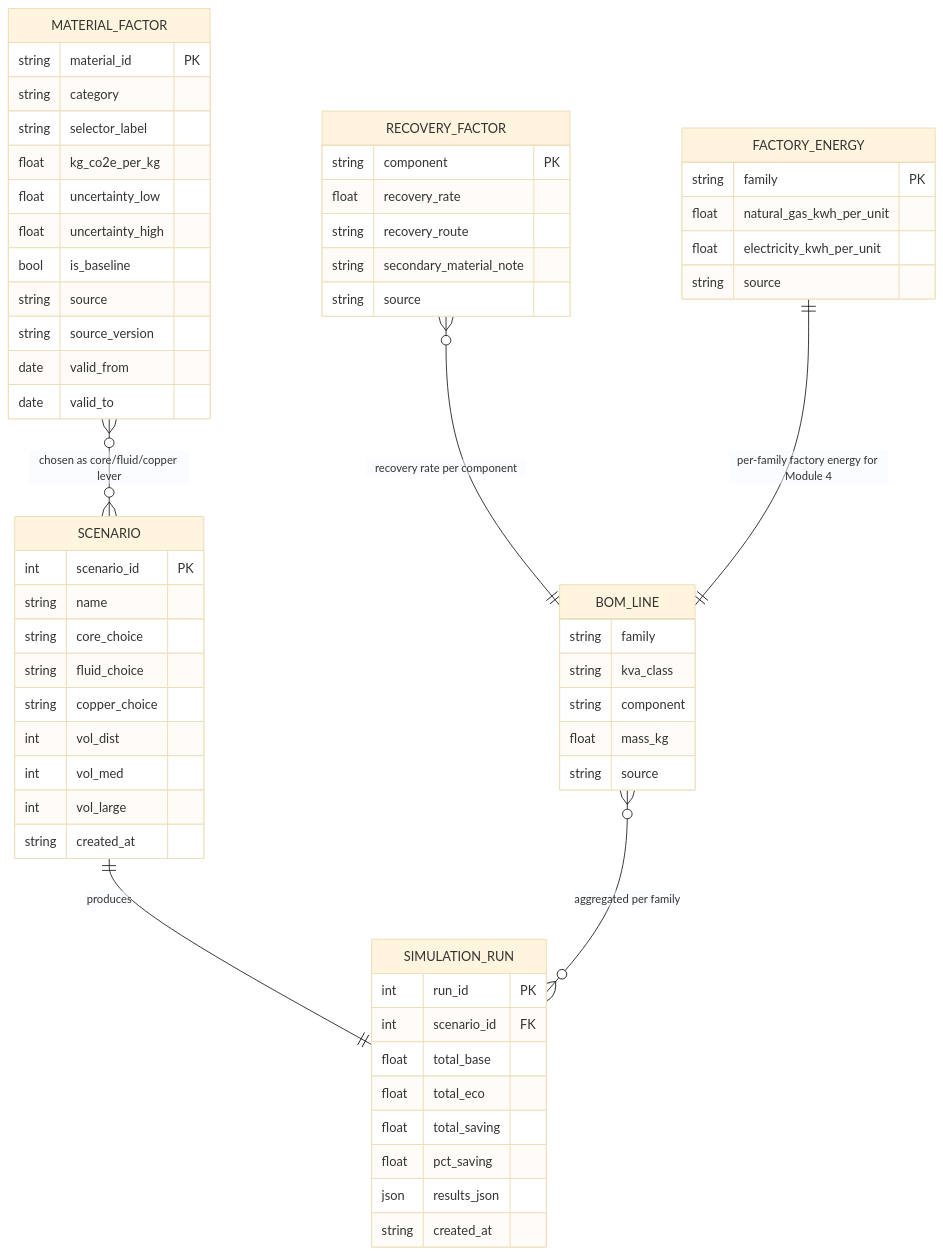
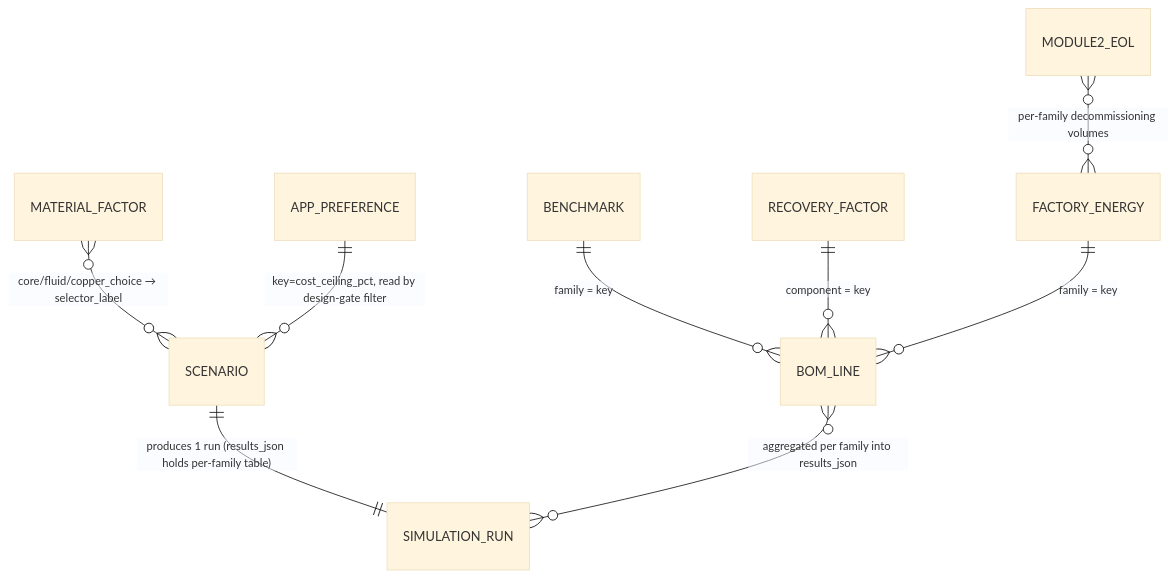
One commit to lugasraka/CO2-calculator-prototype-transformer changed the second of 2 diagrams in README.md. Above: the diagram before and after it, drawn with Mermaid (base theme). The commit also changed other lines of this file and 5 other files, not shown here.

Commit message:
feat: enhance Portfolio CO₂ Simulator with cost-ceiling constraint and industry benchmarks

````diff
--- a/README.md
+++ b/README.md
@@ -118,63 +134,11 @@
 ```mermaid
 erDiagram
-    MATERIAL_FACTOR {
-        string material_id PK
-        string category
-        string selector_label
-        float  kg_co2e_per_kg
-        float  uncertainty_low
-        float  uncertainty_high
-        bool   is_baseline
-        string source
-        string source_version
-        date   valid_from
-        date   valid_to
-    }
-    BOM_LINE {
-        string family
-        string kva_class
-        string component
-        float  mass_kg
-        string source
-    }
-    RECOVERY_FACTOR {
-        string component PK
-        float  recovery_rate
-        string recovery_route
-        string secondary_material_note
-        string source
-    }
-    FACTORY_ENERGY {
-        string family PK
-        float  natural_gas_kwh_per_unit
-        float  electricity_kwh_per_unit
-        string source
-    }
-    SCENARIO {
-        int    scenario_id PK
-        string name
-        string core_choice
-        string fluid_choice
-        string copper_choice
-        int    vol_dist
-        int    vol_med
-        int    vol_large
-        string created_at
-    }
-    SIMULATION_RUN {
-        int    run_id PK
-        int    scenario_id FK
-        float  total_base
-        float  total_eco
-        float  total_saving
-        float  pct_saving
-        json   results_json
-        string created_at
-    }
-
-    SCENARIO ||--|| SIMULATION_RUN : "produces"
-    MATERIAL_FACTOR }o--o{ SCENARIO : "chosen as core/fluid/copper lever"
-    BOM_LINE }o--o{ SIMULATION_RUN : "aggregated per family"
-    RECOVERY_FACTOR }o--|| BOM_LINE : "recovery rate per component"
-    FACTORY_ENERGY ||--|| BOM_LINE : "per-family factory energy for Module 4"
+    MATERIAL_FACTOR    }o--o{ SCENARIO         : "core/fluid/copper_choice → selector_label"
+    SCENARIO           ||--|| SIMULATION_RUN   : "produces 1 run (results_json holds per-family table)"
+    BOM_LINE           }o--o{ SIMULATION_RUN   : "aggregated per family into results_json"
+    BENCHMARK          ||--o{ BOM_LINE         : "family = key"
+    RECOVERY_FACTOR    ||--o{ BOM_LINE         : "component = key"
+    FACTORY_ENERGY     ||--o{ BOM_LINE         : "family = key"
+    MODULE2_EOL        }o--o{ FACTORY_ENERGY   : "per-family decommissioning volumes"
+    APP_PREFERENCE     ||--o{ SCENARIO         : "key=cost_ceiling_pct, read by design-gate filter"
 ```
````
